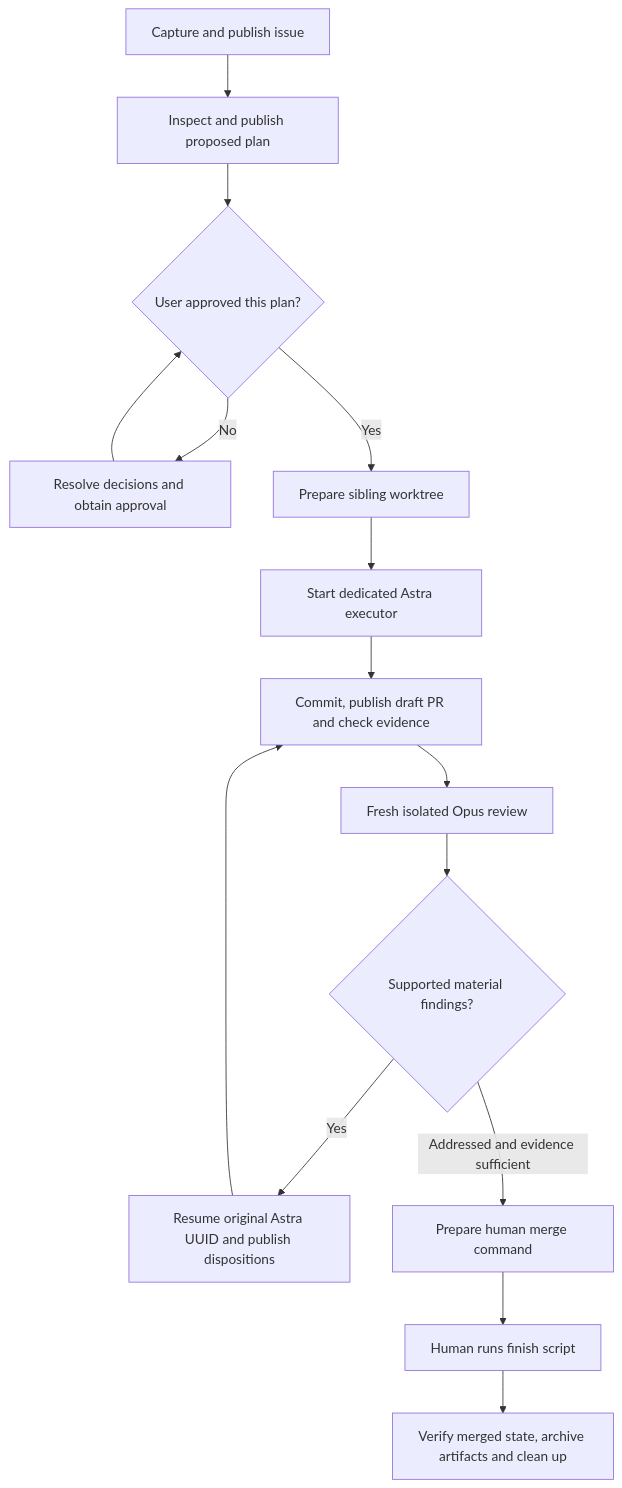
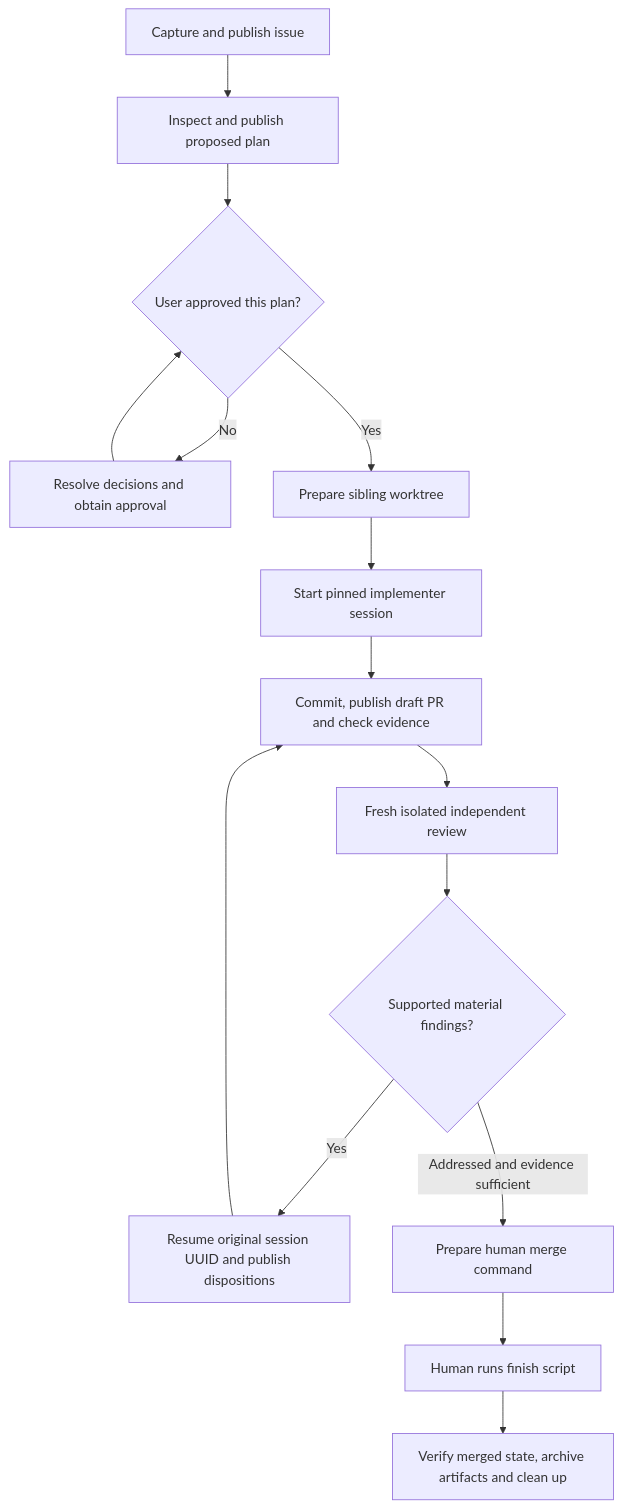
One commit to Zi-Deng/agentic-github-template changed the diagram in docs/agent-workflow/SKILLS.md. Above: the diagram before and after it, drawn with Mermaid. The commit also changed other lines of this file and 45 other files, not shown here.

First line of the commit message:
Add switchable implementer/reviewer profiles (Astra+Claude, Fable+GPT) (#11)

````diff
--- a/docs/agent-workflow/SKILLS.md
+++ b/docs/agent-workflow/SKILLS.md
@@ -36,17 +42,17 @@
 ```mermaid
 flowchart TD
   C[Capture and publish issue] --> P[Inspect and publish proposed plan]
   P --> A{User approved this plan?}
   A -->|No| Q[Resolve decisions and obtain approval]
   Q --> A
   A -->|Yes| W[Prepare sibling worktree]
-  W --> I[Start dedicated Astra executor]
+  W --> I[Start pinned implementer session]
   I --> D[Commit, publish draft PR and check evidence]
-  D --> R[Fresh isolated Opus review]
+  D --> R[Fresh isolated independent review]
   R --> F{Supported material findings?}
-  F -->|Yes| X[Resume original Astra UUID and publish dispositions]
+  F -->|Yes| X[Resume original session UUID and publish dispositions]
   X --> D
   F -->|Addressed and evidence sufficient| H[Prepare human merge command]
   H --> M[Human runs finish script]
   M --> V[Verify merged state, archive artifacts and clean up]
 ```
````
